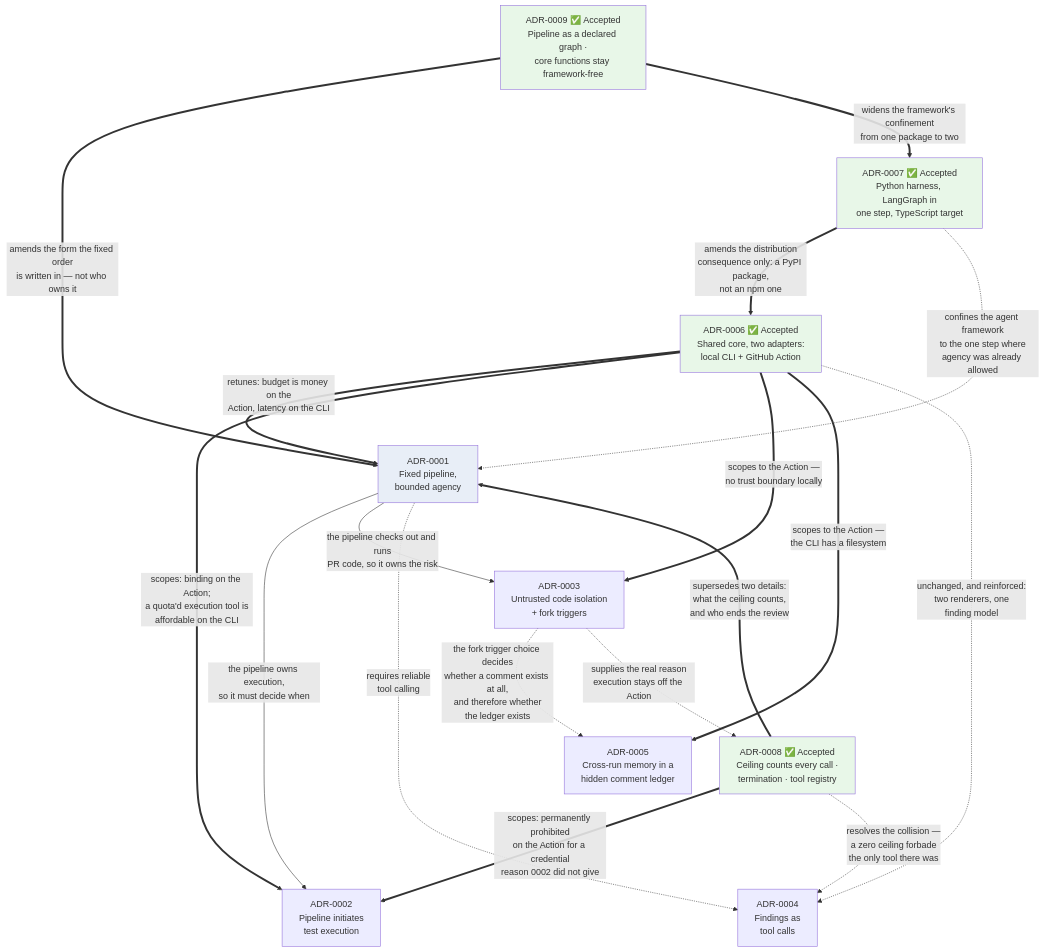
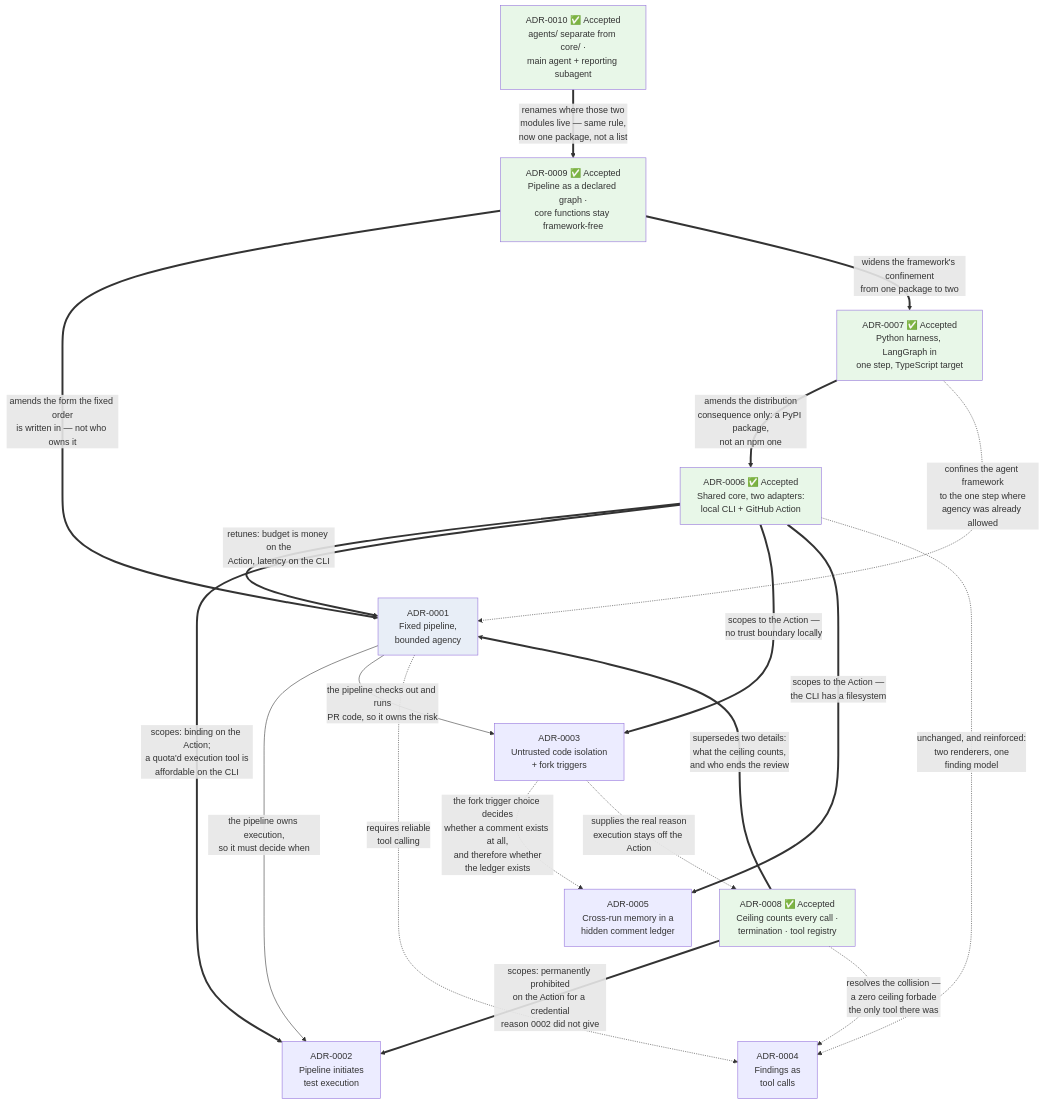
One commit to nhahub/NHA-5-285 changed the diagram in Docs/adr/README.md. Above: the diagram before and after it, drawn with Mermaid. The commit also changed other lines of this file and 24 other files, not shown here.

````diff
--- a/Docs/adr/README.md
+++ b/Docs/adr/README.md
@@ -23,40 +24,43 @@
 ```mermaid
 flowchart TD
     F["ADR-0006 ✅ Accepted<br/>Shared core, two adapters:<br/>local CLI + GitHub Action"]
     A["ADR-0001<br/>Fixed pipeline,<br/>bounded agency"]
     B["ADR-0002<br/>Pipeline initiates<br/>test execution"]
     C["ADR-0003<br/>Untrusted code isolation<br/>+ fork triggers"]
     D["ADR-0004<br/>Findings as<br/>tool calls"]
     E["ADR-0005<br/>Cross-run memory in a<br/>hidden comment ledger"]
     G["ADR-0007 ✅ Accepted<br/>Python harness, LangGraph in<br/>one step, TypeScript target"]
     H["ADR-0008 ✅ Accepted<br/>Ceiling counts every call ·<br/>termination · tool registry"]
     I["ADR-0009 ✅ Accepted<br/>Pipeline as a declared graph ·<br/>core functions stay framework-free"]
+    J["ADR-0010 ✅ Accepted<br/>agents/ separate from core/ ·<br/>main agent + reporting subagent"]
 
     A -->|"the pipeline owns execution,<br/>so it must decide when"| B
     A -->|"the pipeline checks out and runs<br/>PR code, so it owns the risk"| C
     A -.->|"requires reliable<br/>tool calling"| D
     C -.->|"the fork trigger choice decides<br/>whether a comment exists at all,<br/>and therefore whether<br/>the ledger exists"| E
 
     F ==>|"retunes: budget is money on the<br/>Action, latency on the CLI"| A
     F ==>|"scopes: binding on the Action;<br/>a quota'd execution tool is<br/>affordable on the CLI"| B
     F ==>|"scopes to the Action —<br/>no trust boundary locally"| C
     F ==>|"scopes to the Action —<br/>the CLI has a filesystem"| E
     F -.->|"unchanged, and reinforced:<br/>two renderers, one<br/>finding model"| D
 
     G ==>|"amends the distribution<br/>consequence only: a PyPI package,<br/>not an npm one"| F
     G -.->|"confines the agent framework<br/>to the one step where<br/>agency was already allowed"| A
 
     H ==>|"supersedes two details:<br/>what the ceiling counts,<br/>and who ends the review"| A
     H ==>|"scopes: permanently prohibited<br/>on the Action for a credential<br/>reason 0002 did not give"| B
     H -.->|"resolves the collision —<br/>a zero ceiling forbade<br/>the only tool there was"| D
     C -.->|"supplies the real reason<br/>execution stays off the Action"| H
 
     I ==>|"amends the form the fixed order<br/>is written in — not who owns it"| A
     I ==>|"widens the framework's confinement<br/>from one package to two"| G
+    J ==>|"renames where those two<br/>modules live — same rule,<br/>now one package, not a list"| I
 
     style F fill:#e8f7e8
     style G fill:#e8f7e8
     style H fill:#e8f7e8
     style I fill:#e8f7e8
+    style J fill:#e8f7e8
     style A fill:#e8eef7
 ```
````
